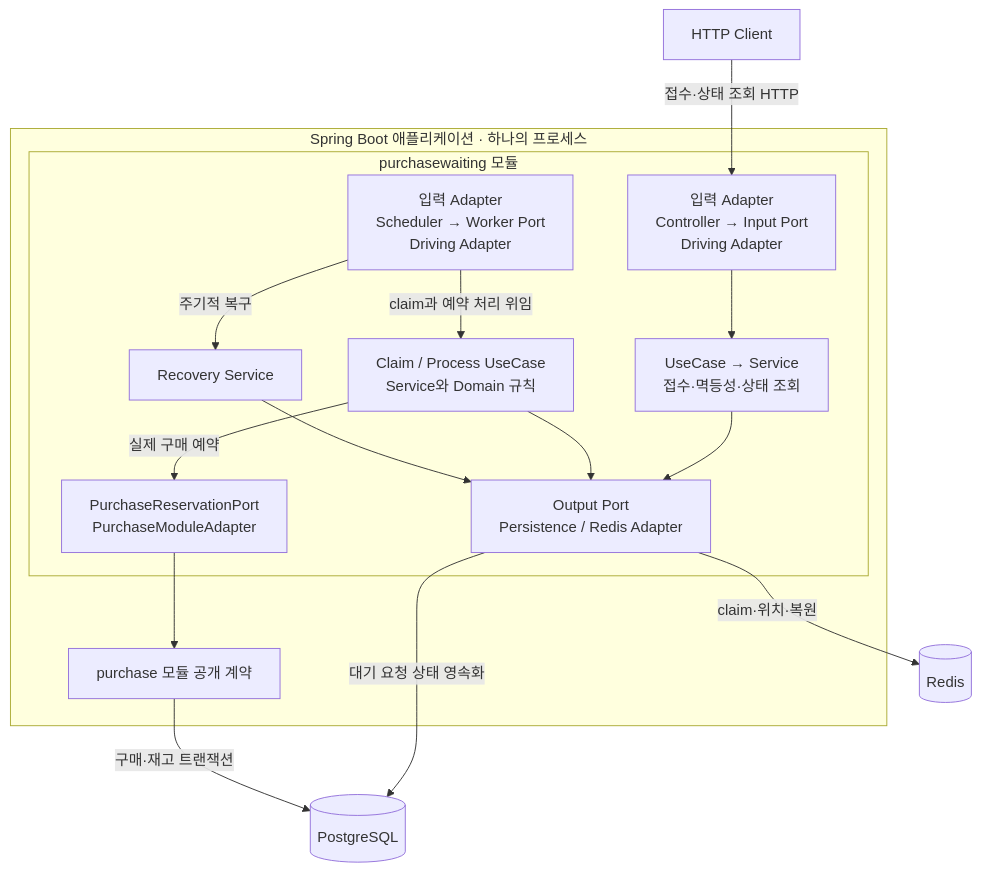
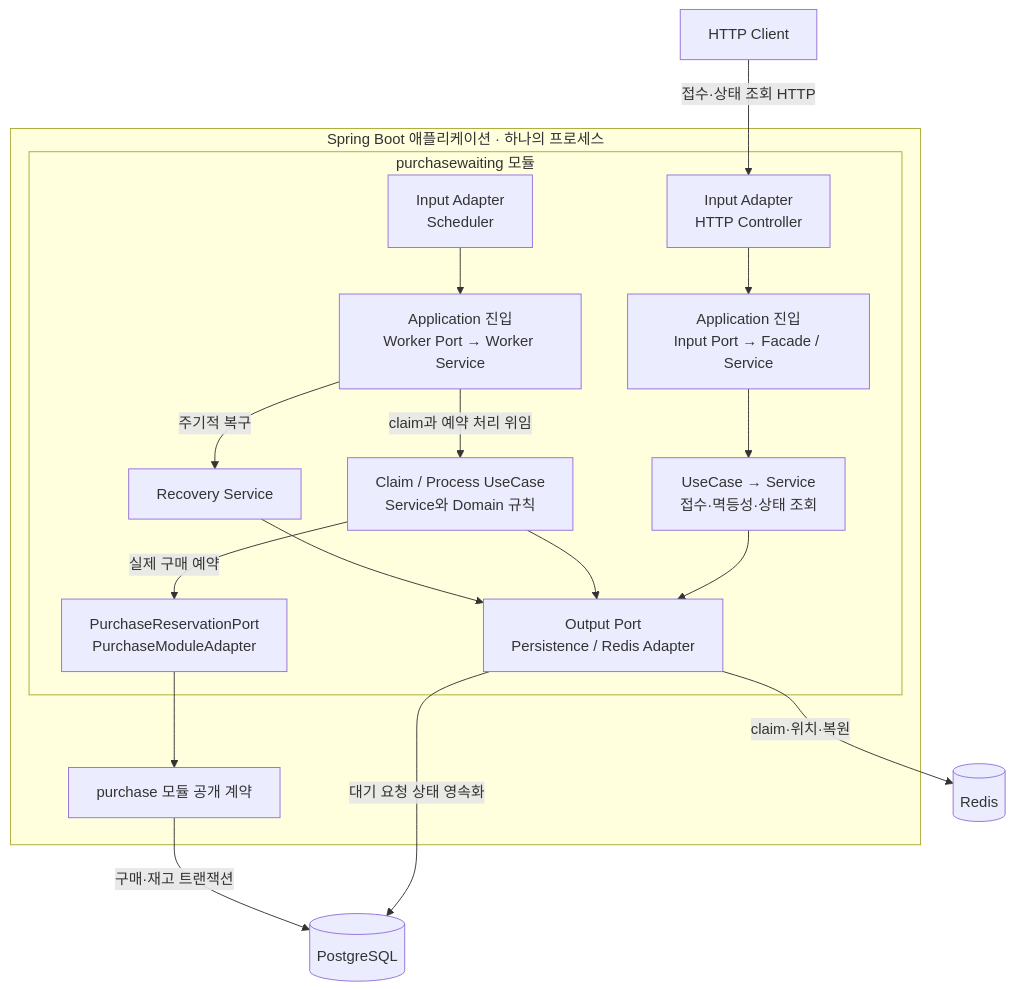
The diagram in docs/architecture/purchase-waiting.md (DevelopHeon/limited-ticketing), drawn with Mermaid before and after one commit. The commit also changed other lines of this file and 10 other files, not shown here.

````diff
--- a/docs/architecture/purchase-waiting.md
+++ b/docs/architecture/purchase-waiting.md
@@ -29,30 +29,34 @@
 ```mermaid
 flowchart TB
     client["HTTP Client"]
     subgraph app["Spring Boot 애플리케이션 · 하나의 프로세스"]
         subgraph waiting["purchasewaiting 모듈"]
-            http["입력 Adapter<br/>Controller → Input Port<br/>Driving Adapter"]
+            http["Input Adapter<br/>HTTP Controller"]
+            entry["Application 진입<br/>Input Port → Facade / Service"]
             command["UseCase → Service<br/>접수·멱등성·상태 조회"]
-            worker["입력 Adapter<br/>Scheduler → Worker Port<br/>Driving Adapter"]
+            worker["Input Adapter<br/>Scheduler"]
+            workerEntry["Application 진입<br/>Worker Port → Worker Service"]
             process["Claim / Process UseCase<br/>Service와 Domain 규칙"]
             recovery["Recovery Service"]
             adapters["Output Port<br/>Persistence / Redis Adapter"]
-            http --> command
+            http --> entry
+            entry --> command
             command --> adapters
-            worker -->|"claim과 예약 처리 위임"| process
-            worker -->|"주기적 복구"| recovery
+            worker --> workerEntry
+            workerEntry -->|"claim과 예약 처리 위임"| process
+            workerEntry -->|"주기적 복구"| recovery
             process --> adapters
             recovery --> adapters
             purchaseAdapter["PurchaseReservationPort<br/>PurchaseModuleAdapter"]
             process -->|"실제 구매 예약"| purchaseAdapter
         end
         purchase["purchase 모듈 공개 계약"]
         purchaseAdapter --> purchase
     end
     client -->|"접수·상태 조회 HTTP"| http
     db[("PostgreSQL")]
     redis[("Redis")]
     adapters -->|"대기 요청 상태 영속화"| db
     adapters -->|"claim·위치·복원"| redis
     purchase -->|"구매·재고 트랜잭션"| db
 ```
````
